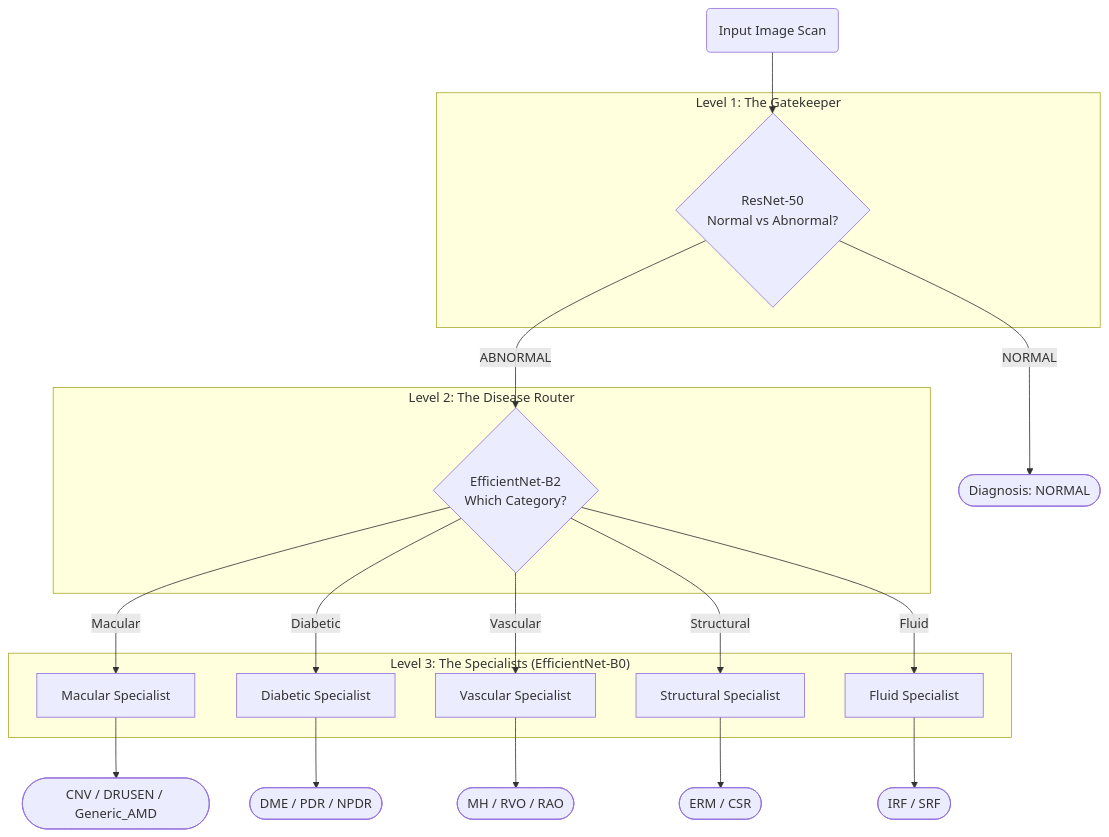
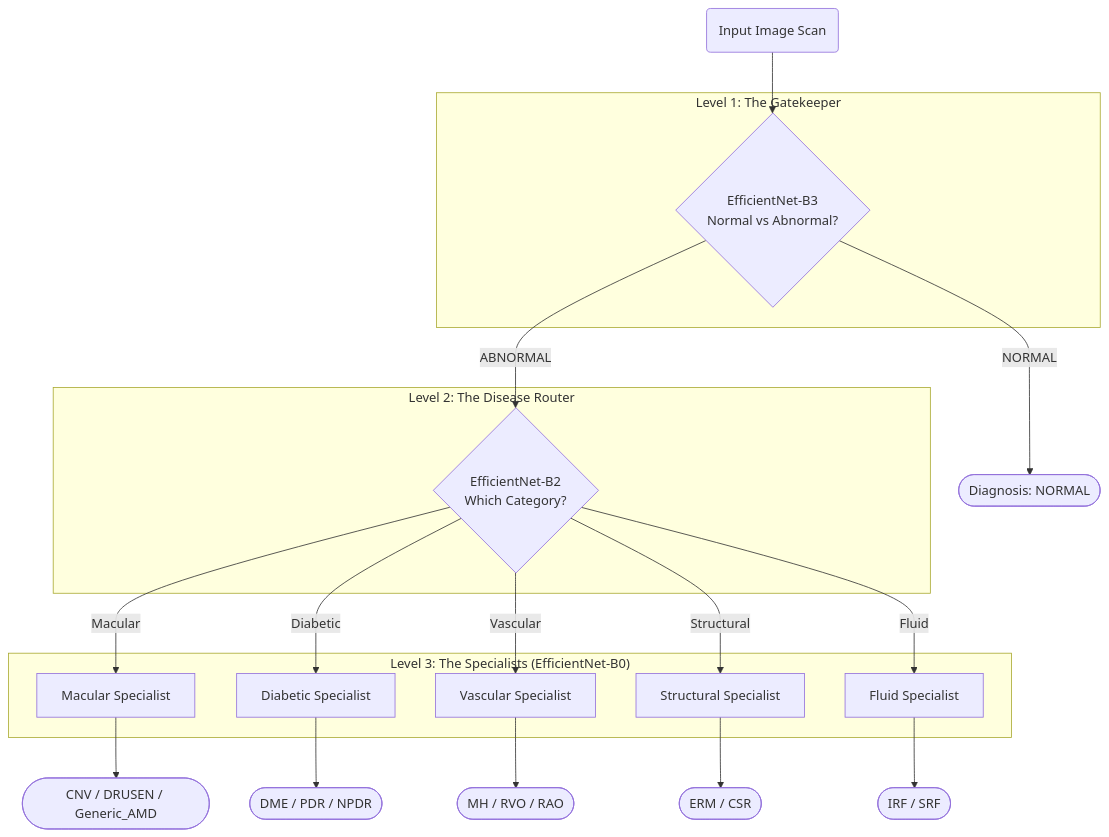
One commit to Nikhil-Mundhra/OCT-Analyser-Capstone changed the diagram in image-classification-model-training/Documentation/architecture.md. Above: the diagram before and after it, drawn with Mermaid. The commit also changed other lines of this file and 28 other files, not shown here.

````diff
--- a/image-classification-model-training/Documentation/architecture.md
+++ b/image-classification-model-training/Documentation/architecture.md
@@ -16,35 +16,35 @@
 ```mermaid
 graph TD
     Input(Input Image Scan) --> L1
 
     subgraph SG1 ["Level 1: The Gatekeeper"]
-        L1{ResNet-50<br/>Normal vs Abnormal?}
+        L1{EfficientNet-B3<br/>Normal vs Abnormal?}
     end
 
     L1 -->|NORMAL| OutNormal([Diagnosis: NORMAL])
     L1 -->|ABNORMAL| L2
 
     subgraph SG2 ["Level 2: The Disease Router"]
         L2{EfficientNet-B2<br/>Which Category?}
     end
 
     L2 -->|Macular| L3_Mac
     L2 -->|Diabetic| L3_Dia
     L2 -->|Vascular| L3_Vas
     L2 -->|Structural| L3_Str
     L2 -->|Fluid| L3_Flu
 
     subgraph SG3 ["Level 3: The Specialists (EfficientNet-B0)"]
         L3_Mac[Macular Specialist]
         L3_Dia[Diabetic Specialist]
         L3_Vas[Vascular Specialist]
         L3_Str[Structural Specialist]
         L3_Flu[Fluid Specialist]
     end
 
     L3_Mac --> OutMac([CNV / DRUSEN / Generic_AMD])
     L3_Dia --> OutDia([DME / PDR / NPDR])
     L3_Vas --> OutVas([MH / RVO / RAO])
     L3_Str --> OutStr([ERM / CSR])
     L3_Flu --> OutFlu([IRF / SRF])
 ```
````
